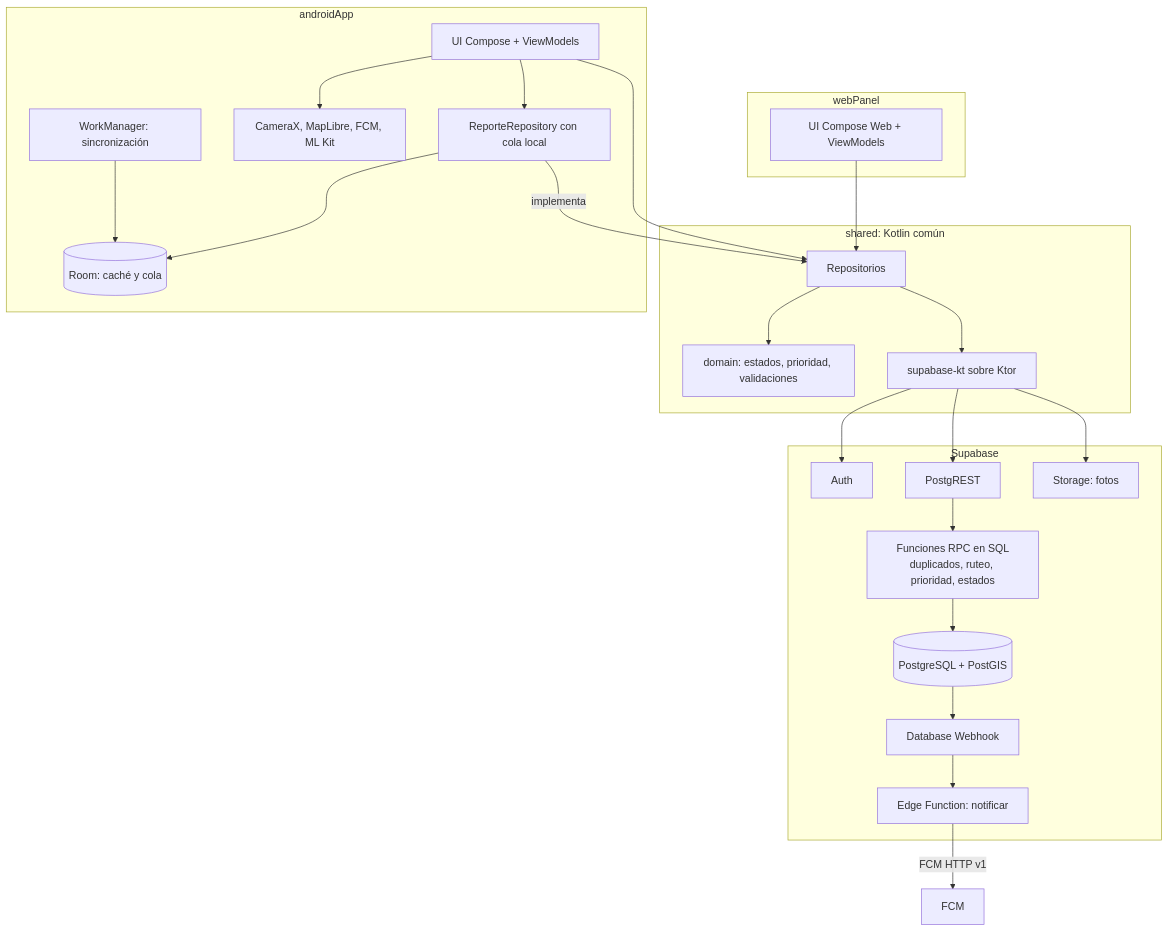
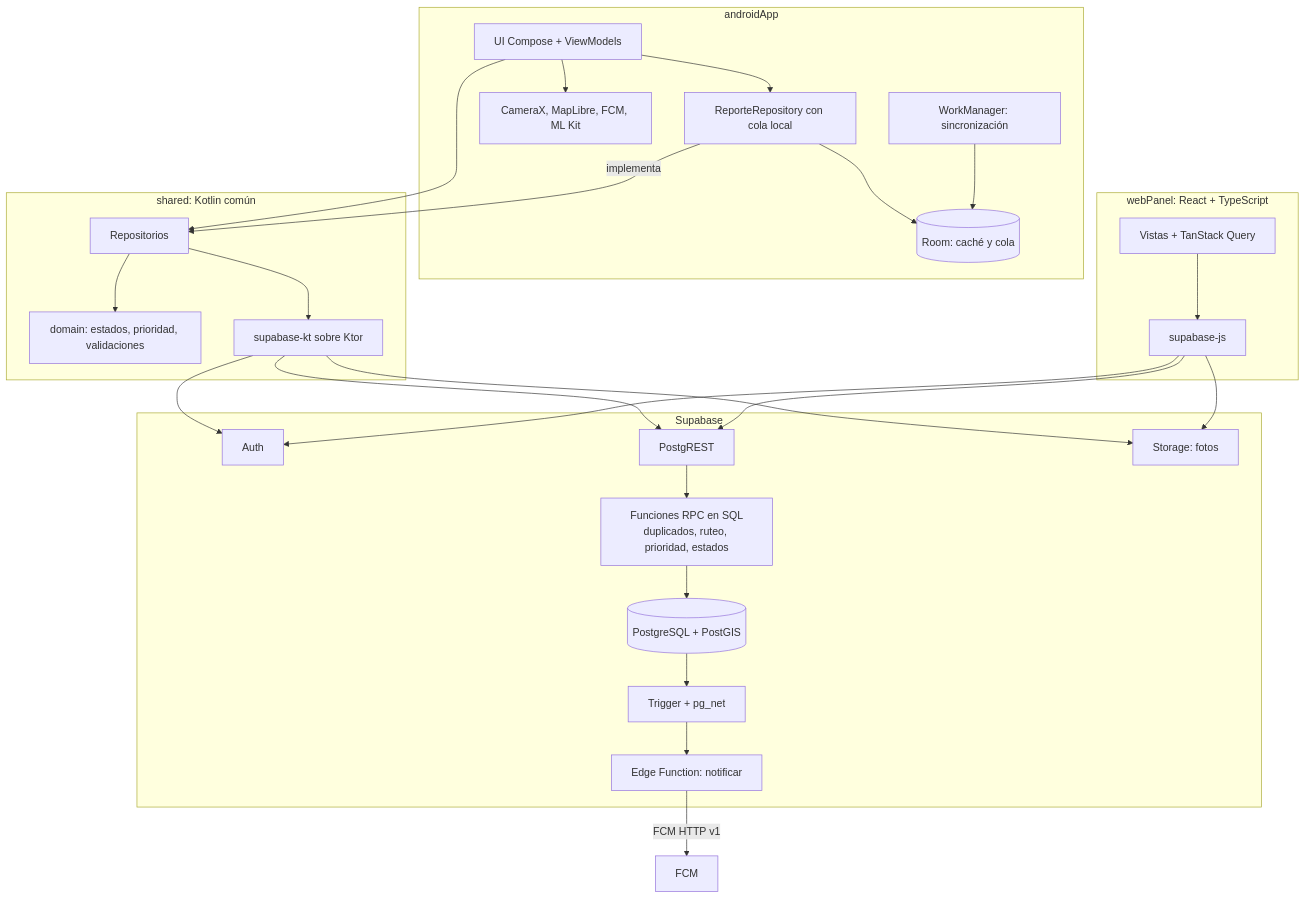
One commit to pieersx/app-civika changed the second of 6 diagrams in docs/arquitectura.md. Above: the diagram before and after it, drawn with Mermaid. The commit also changed other lines of this file and 12 other files, not shown here.

````diff
--- a/docs/arquitectura.md
+++ b/docs/arquitectura.md
@@ -50,36 +51,37 @@
 ```mermaid
 flowchart TB
   subgraph shared[shared: Kotlin común]
     dom[domain: estados, prioridad, validaciones]
     repo[Repositorios]
     skt[supabase-kt sobre Ktor]
     repo --> dom
     repo --> skt
   end
   subgraph android[androidApp]
     ui[UI Compose + ViewModels] --> repo
     room[(Room: caché y cola)]
     wm[WorkManager: sincronización]
     dev[CameraX, MapLibre, FCM, ML Kit]
     cola[ReporteRepository con cola local] -->|implementa| repo
     ui --> dev
     ui --> cola
     cola --> room
     wm --> room
   end
-  subgraph web[webPanel]
-    uiw[UI Compose Web + ViewModels] --> repo
+  subgraph web[webPanel: React + TypeScript]
+    uiw[Vistas + TanStack Query] --> sjs[supabase-js]
   end
   subgraph supabase[Supabase]
     auth[Auth]
     rest[PostgREST]
     rpc[Funciones RPC en SQL<br/>duplicados, ruteo, prioridad, estados]
     db[(PostgreSQL + PostGIS)]
     sto[Storage: fotos]
-    hook[Database Webhook]
+    hook[Trigger + pg_net]
     ef[Edge Function: notificar]
   end
   skt --> auth & rest & sto
+  sjs --> auth & rest & sto
   rest --> rpc --> db
   db --> hook --> ef -->|FCM HTTP v1| fcm[FCM]
 ```
````
